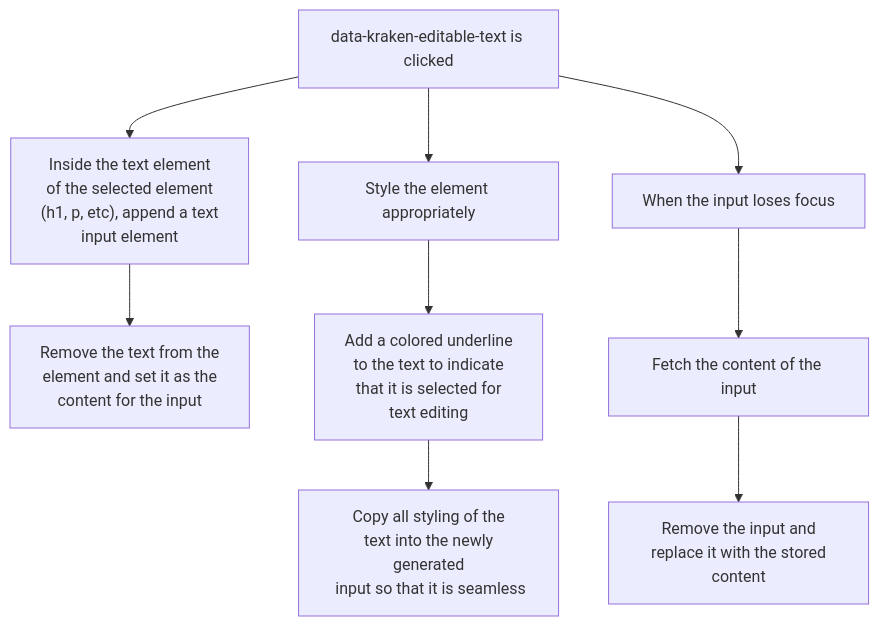
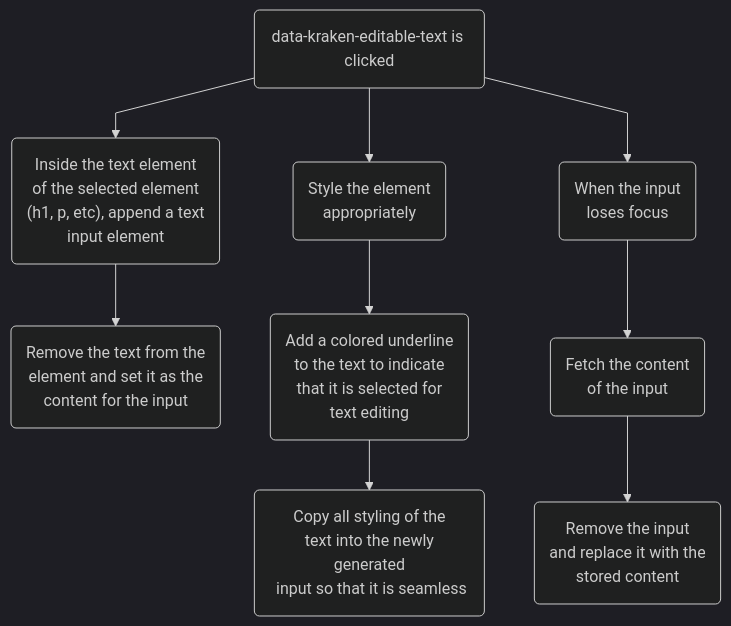
One commit to tomgxz/Kraken changed the tenth of 14 diagrams in README.md. Above: the diagram before and after it, drawn with Mermaid. The commit also changed other lines of this file, not shown here.

Commit message:
Mermaid Formatting

````diff
--- a/README.md
+++ b/README.md
@@ -524,13 +513,9 @@
 ```mermaid
+%%{init: {'theme':'dark', 'flowchart': {'curve': 'linear'},'themeVariables':{'fontFamily':'Lexend,Noto Sans,Helvetica,Arial'}}}%%
+
 graph TD
-  A[data-kraken-editable-text is clicked] --> B["Style the element appropriately"]
-  A --> E["Inside the text element\n of the selected element\n (h1, p, etc), append a text\n input element"]
-  E --> F["Remove the text from the\n element and set it as the\n content for the input"]
-
-  B --> C["Add a colored underline\n to the text to indicate\n that it is selected for\n text editing"]
-  C --> D["Copy all styling of the\n text into the newly generated\n input so that it is seamless"]
-
-  A --> G["When the input loses focus"]
-  G --> H["Fetch the content of the input"]
-  H --> I["Remove the input and\n replace it with the stored content"]
+  A(data-kraken-editable-text is clicked) --> B("Style the element\n appropriately") & E("Inside the text element\n of the selected element\n (h1, p, etc), append a text\n input element") & G("When the input\n loses focus")
+  E --> F("Remove the text from the\n element and set it as the\n content for the input")
+  B --> C("Add a colored underline\n to the text to indicate\n that it is selected for\n text editing") --> D("Copy all styling of the\n text into the newly generated\n input so that it is seamless")
+  G --> H("Fetch the content\n of the input") --> I("Remove the input\n and replace it with the\n stored content")
 ```
````
